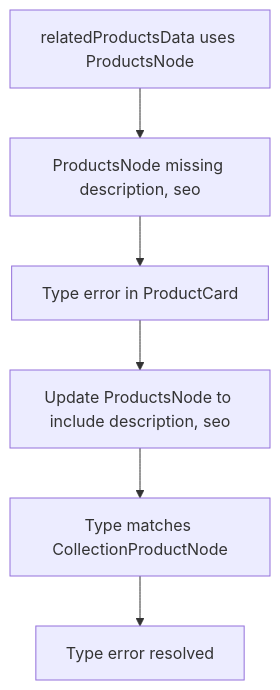
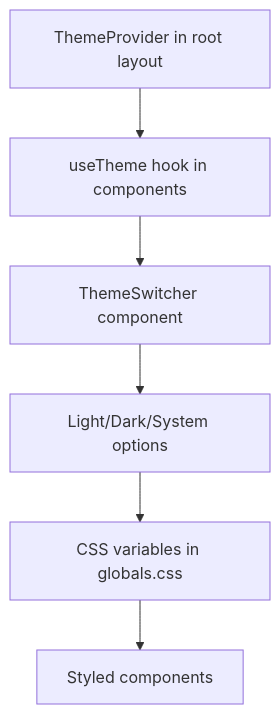
The diagram in memory-bank/activeContext.md (marshaltudu14/shopify-lugdi), drawn with Mermaid before and after one commit. The commit also changed other lines of this file and 5 other files, not shown here.

````diff
--- a/memory-bank/activeContext.md
+++ b/memory-bank/activeContext.md
@@ -26,8 +27,8 @@
 ```mermaid
 flowchart TD
-    A[relatedProductsData uses ProductsNode] --> B[ProductsNode missing description, seo]
-    B --> C[Type error in ProductCard]
-    C --> D[Update ProductsNode to include description, seo]
-    D --> E[Type matches CollectionProductNode]
-    E --> F[Type error resolved]
+    A[ThemeProvider in root layout] --> B[useTheme hook in components]
+    B --> C[ThemeSwitcher component]
+    C --> D[Light/Dark/System options]
+    D --> E[CSS variables in globals.css]
+    E --> F[Styled components]
 ```
````
